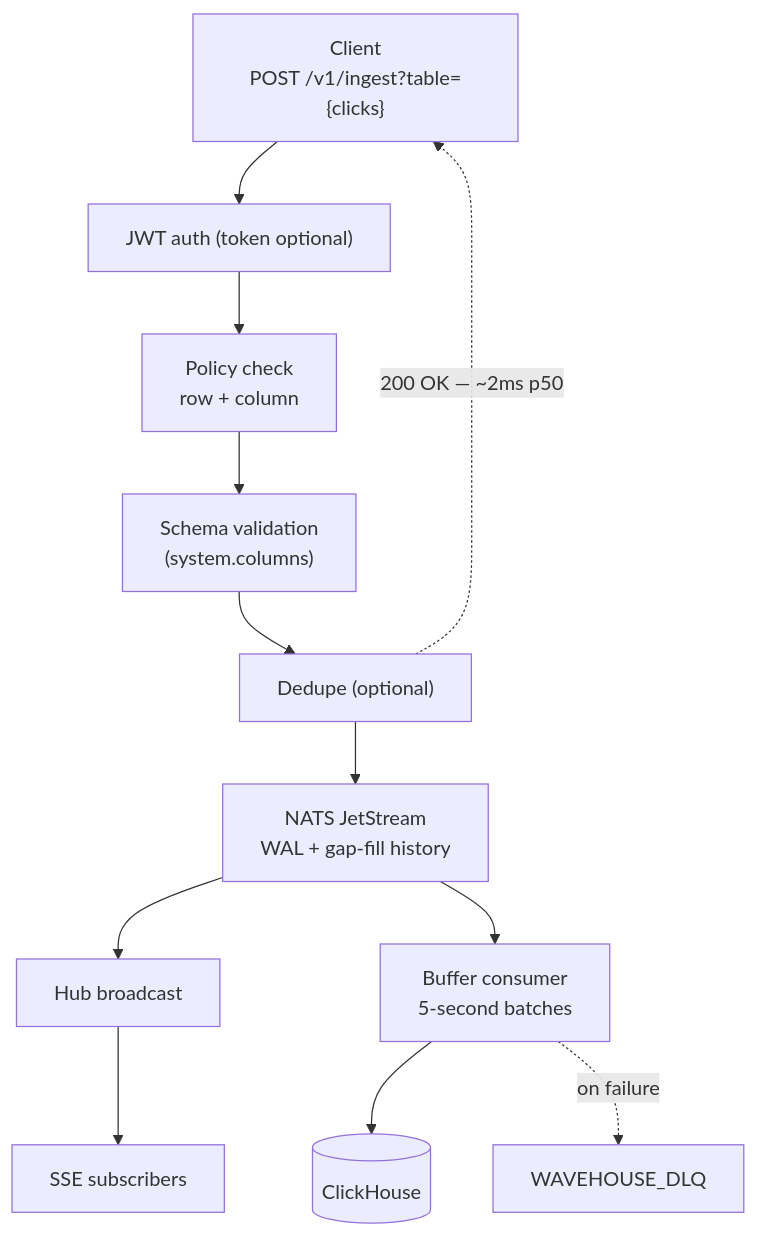
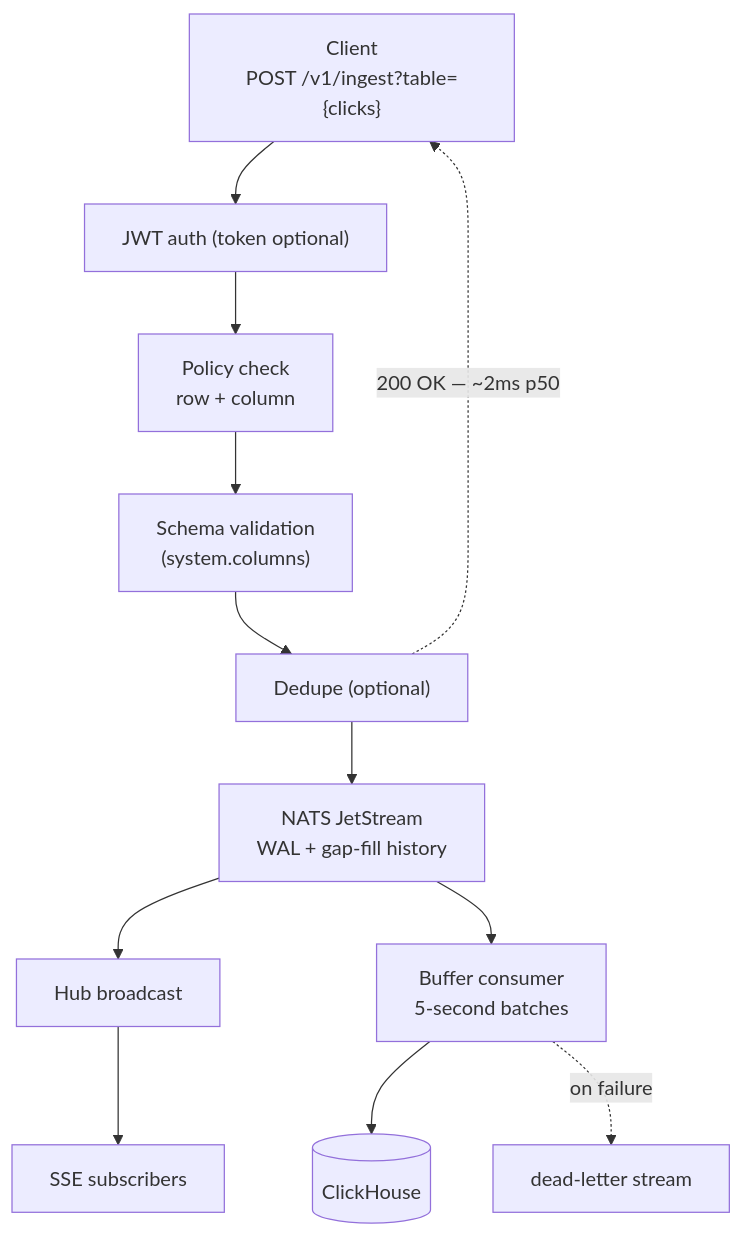
One commit to Wave-RF/WaveHouse changed the sixth of 7 diagrams in docs/src/content/docs/why-wavehouse.md. Above: the diagram before and after it, drawn with Mermaid. The commit also changed other lines of this file and 35 other files, not shown here.

````diff
--- a/docs/src/content/docs/why-wavehouse.md
+++ b/docs/src/content/docs/why-wavehouse.md
@@ -209,17 +209,17 @@
 ```mermaid
 flowchart TB
     C["Client<br/>POST /v1/ingest?table={clicks}"]:::client
     C --> AUTH["JWT auth (token optional)"]:::wh
     AUTH --> POL["Policy check<br/>row + column"]:::wh
     POL --> VAL["Schema validation<br/>(system.columns)"]:::wh
     VAL --> DD["Dedupe (optional)"]:::wh
     DD --> NATS["NATS JetStream<br/>WAL + gap-fill history"]:::store
     DD -. "200 OK — ~2ms p50" .-> C
 
     NATS --> HUB["Hub broadcast"]:::wh
     HUB --> RT["SSE subscribers"]:::client
 
     NATS --> BC["Buffer consumer<br/>5-second batches"]:::wh
     BC --> CH[("ClickHouse")]:::store
-    BC -. "on failure" .-> DLQ["WAVEHOUSE_DLQ"]:::fail
+    BC -. "on failure" .-> DLQ["dead-letter stream"]:::fail
 ```
````
